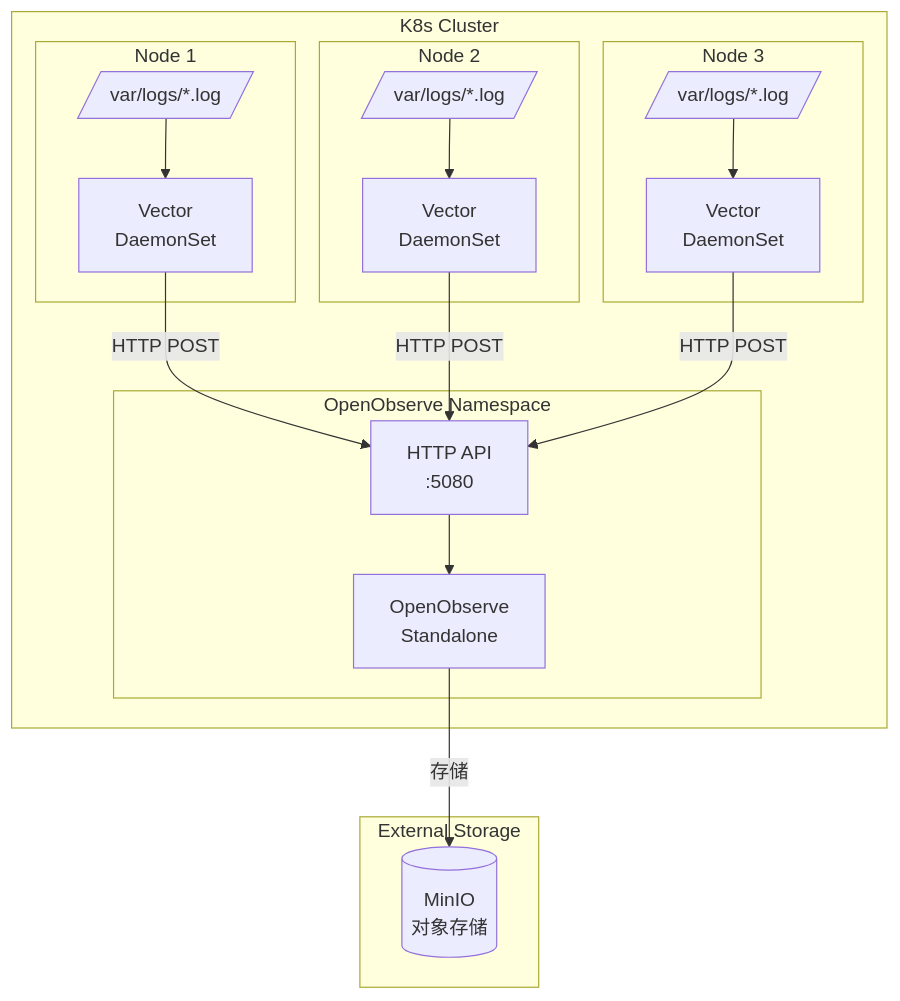
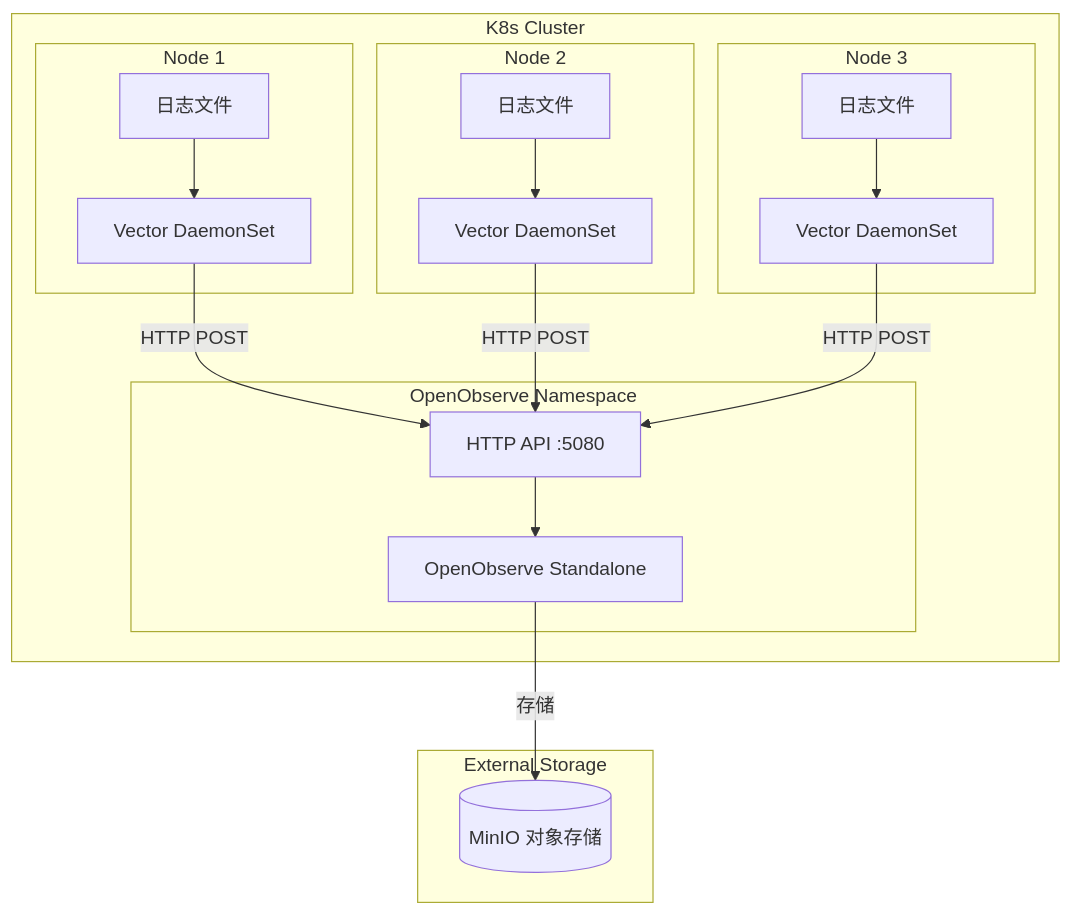
One commit to shenmuegit/shenmuegit.github.io changed the first of 3 diagrams in observability/docs/01-OpenObserve部署/01-架构设计与部署.md. Above: the diagram before and after it, drawn with Mermaid. The commit also changed other lines of this file and 1 other file, not shown here.

Commit message:
Update sequence diagram in OpenObserve documentation for improved clarity by refining labels and ensuring consistent formatting.

````diff
--- a/observability/docs/01-OpenObserve部署/01-架构设计与部署.md
+++ b/observability/docs/01-OpenObserve部署/01-架构设计与部署.md
@@ -40,39 +40,39 @@
 ```mermaid
 graph TB
     subgraph K8s Cluster
         subgraph Node1[Node 1]
-            V1[Vector<br/>DaemonSet]
-            L1[/var/logs/*.log/]
+            V1[Vector DaemonSet]
+            L1[日志文件]
         end
         
         subgraph Node2[Node 2]
-            V2[Vector<br/>DaemonSet]
-            L2[/var/logs/*.log/]
+            V2[Vector DaemonSet]
+            L2[日志文件]
         end
         
         subgraph Node3[Node 3]
-            V3[Vector<br/>DaemonSet]
-            L3[/var/logs/*.log/]
+            V3[Vector DaemonSet]
+            L3[日志文件]
         end
         
         subgraph OpenObserve Namespace
-            O2[OpenObserve<br/>Standalone]
-            API[HTTP API<br/>:5080]
+            O2[OpenObserve Standalone]
+            API[HTTP API :5080]
         end
     end
     
     subgraph External Storage
-        MINIO[(MinIO<br/>对象存储)]
+        MINIO[(MinIO 对象存储)]
     end
     
     L1 --> V1
     L2 --> V2
     L3 --> V3
     
     V1 -->|HTTP POST| API
     V2 -->|HTTP POST| API
     V3 -->|HTTP POST| API
     
     API --> O2
     O2 -->|存储| MINIO
 ```
````
